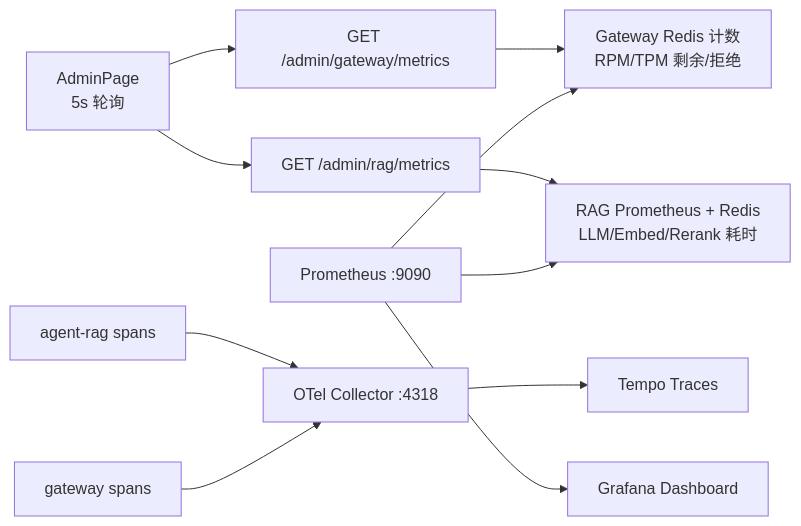
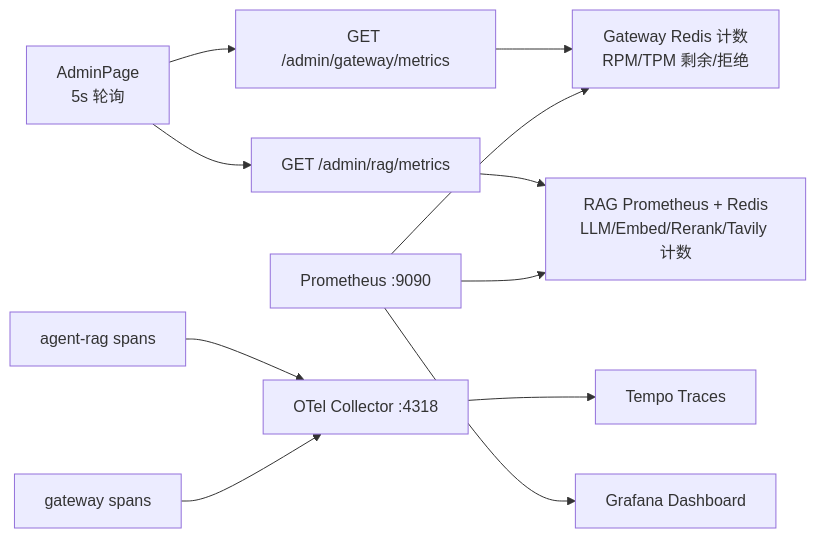
The sixth of 6 diagrams in agent-rag/docs/architecture.md (HonlinRen/agent-platform), drawn with Mermaid before and after one commit. The commit also changed other lines of this file and 38 other files, not shown here.

````diff
--- a/agent-rag/docs/architecture.md
+++ b/agent-rag/docs/architecture.md
@@ -265,16 +270,16 @@
 ```mermaid
 flowchart LR
     ADMIN["AdminPage<br/>5s 轮询"] --> G1["GET /admin/gateway/metrics"]
     ADMIN --> G2["GET /admin/rag/metrics"]
 
     G1 --> GW["Gateway Redis 计数<br/>RPM/TPM 剩余/拒绝"]
-    G2 --> RAG["RAG Prometheus + Redis<br/>LLM/Embed/Rerank 耗时"]
+    G2 --> RAG["RAG Prometheus + Redis<br/>LLM/Embed/Rerank/Tavily 计数"]
 
     PROM["Prometheus :9090"] --> GRAF["Grafana Dashboard"]
     PROM --> RAG
     PROM --> GW
 
     OTEL["OTel Collector :4318"] --> TEMPO["Tempo Traces"]
     RAG_SVC["agent-rag spans"] --> OTEL
     GW_SVC["gateway spans"] --> OTEL
 ```
````
